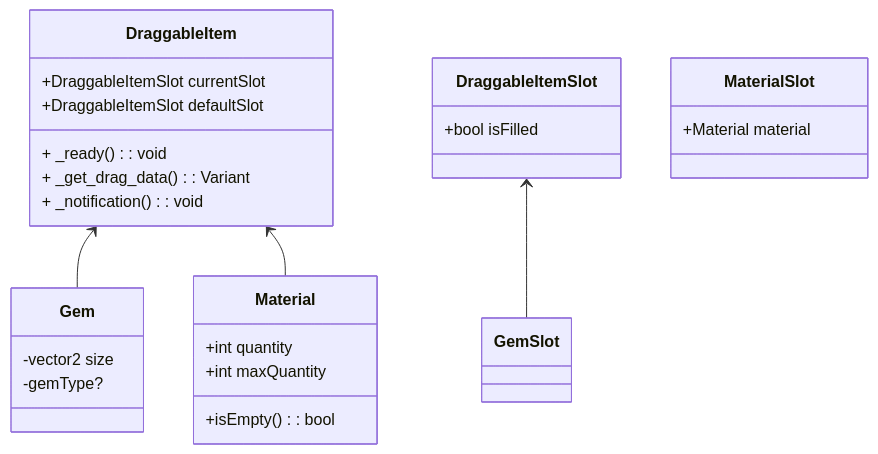
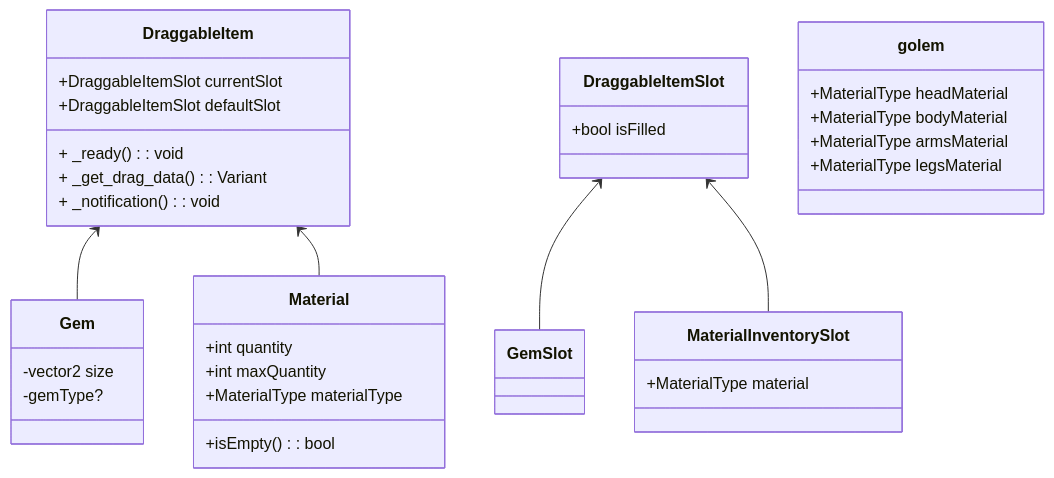
Before and after one commit to pyralasis/GolemGameGodot: the diagram in test.md, drawn with Mermaid. The commit also changed 46 other files, not shown here.

````diff
--- a/test.md
+++ b/test.md
@@ -1,34 +1,45 @@
 ```mermaid
 classDiagram
     DraggableItem <-- Gem
     DraggableItem <-- Material
 
     class DraggableItem{
         +DraggableItemSlot currentSlot
         +DraggableItemSlot defaultSlot
 
         + _ready(): void 
         + _get_drag_data(): Variant
         + _notification(): void
     }
     class Gem{
         -vector2 size
         -gemType?
     }
     class Material{
         +int quantity
         +int maxQuantity
+        +MaterialType materialType
         +isEmpty(): bool
     }
 
+
     DraggableItemSlot <-- GemSlot
+    DraggableItemSlot <-- MaterialInventorySlot
 
     class DraggableItemSlot{
         +bool isFilled
     }
     class GemSlot{
     }
-    class MaterialSlot{
-        +Material material
+    class MaterialInventorySlot{
+        +MaterialType material
+    }
+
+    class golem{
+        +MaterialType headMaterial
+        +MaterialType bodyMaterial
+        +MaterialType armsMaterial
+        +MaterialType legsMaterial
+
     }
 ```
````
